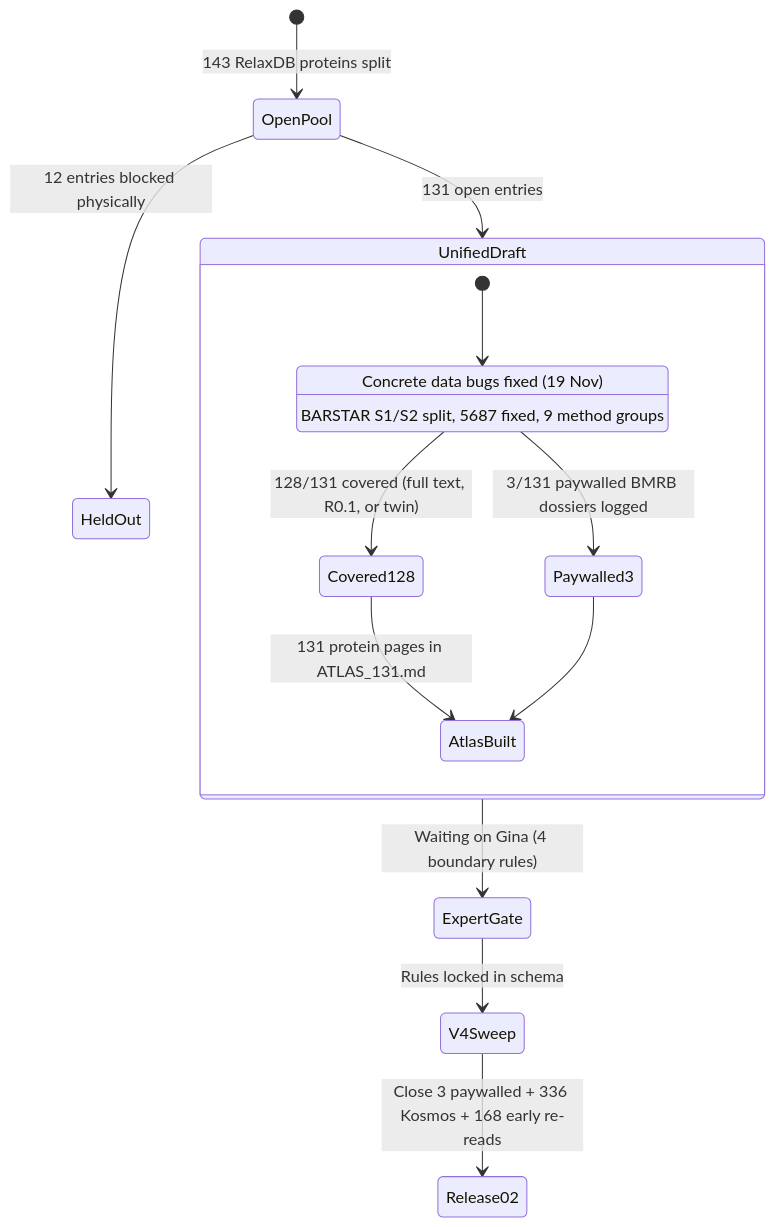
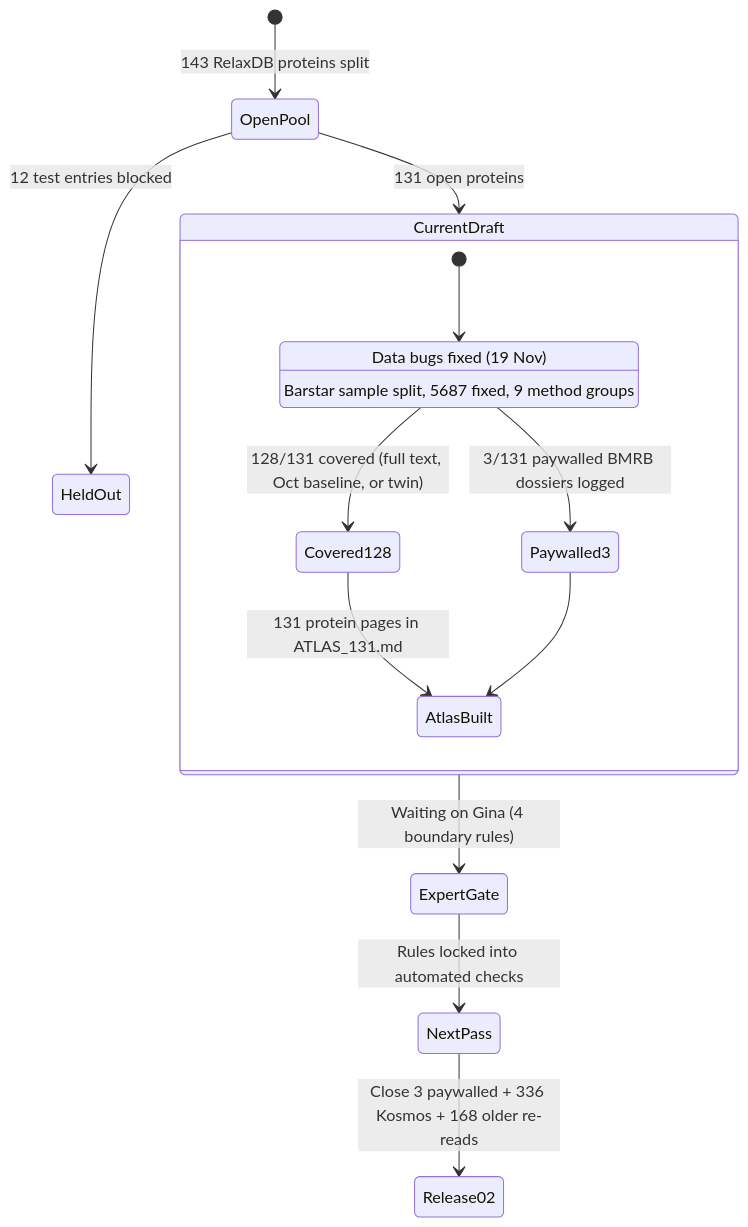
One commit to alex051107/dynamics-atlas-relaxdb changed the diagram in README.md. Above: the diagram before and after it, drawn with Mermaid. The commit also changed other lines of this file and 16 other files, not shown here.

````diff
--- a/README.md
+++ b/README.md
@@ -12,20 +12,20 @@
 ```mermaid
 stateDiagram-v2
     [*] --> OpenPool: 143 RelaxDB proteins split
-    OpenPool --> HeldOut: 12 entries blocked physically
-    OpenPool --> UnifiedDraft: 131 open entries
+    OpenPool --> HeldOut: 12 test entries blocked
+    OpenPool --> CurrentDraft: 131 open proteins
 
-    state UnifiedDraft {
-        [*] --> DataFixed
-        DataFixed: Concrete data bugs fixed (19 Nov)
-        DataFixed: BARSTAR S1/S2 split, 5687 fixed, 9 method groups
-        DataFixed --> Covered128: 128/131 covered (full text, R0.1, or twin)
-        DataFixed --> Paywalled3: 3/131 paywalled BMRB dossiers logged
+    state CurrentDraft {
+        [*] --> BugsFixed
+        BugsFixed: Data bugs fixed (19 Nov)
+        BugsFixed: Barstar sample split, 5687 fixed, 9 method groups
+        BugsFixed --> Covered128: 128/131 covered (full text, Oct baseline, or twin)
+        BugsFixed --> Paywalled3: 3/131 paywalled BMRB dossiers logged
         Covered128 --> AtlasBuilt: 131 protein pages in ATLAS_131.md
         Paywalled3 --> AtlasBuilt
     }
 
-    UnifiedDraft --> ExpertGate: Waiting on Gina (4 boundary rules)
-    ExpertGate --> V4Sweep: Rules locked in schema
-    V4Sweep --> Release02: Close 3 paywalled + 336 Kosmos + 168 early re-reads
+    CurrentDraft --> ExpertGate: Waiting on Gina (4 boundary rules)
+    ExpertGate --> NextPass: Rules locked into automated checks
+    NextPass --> Release02: Close 3 paywalled + 336 Kosmos + 168 older re-reads
 ```
````
